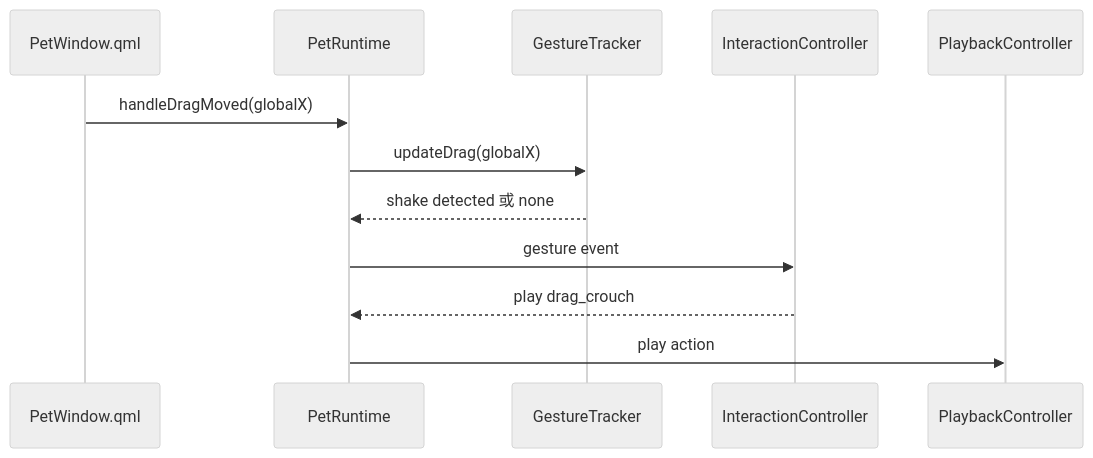
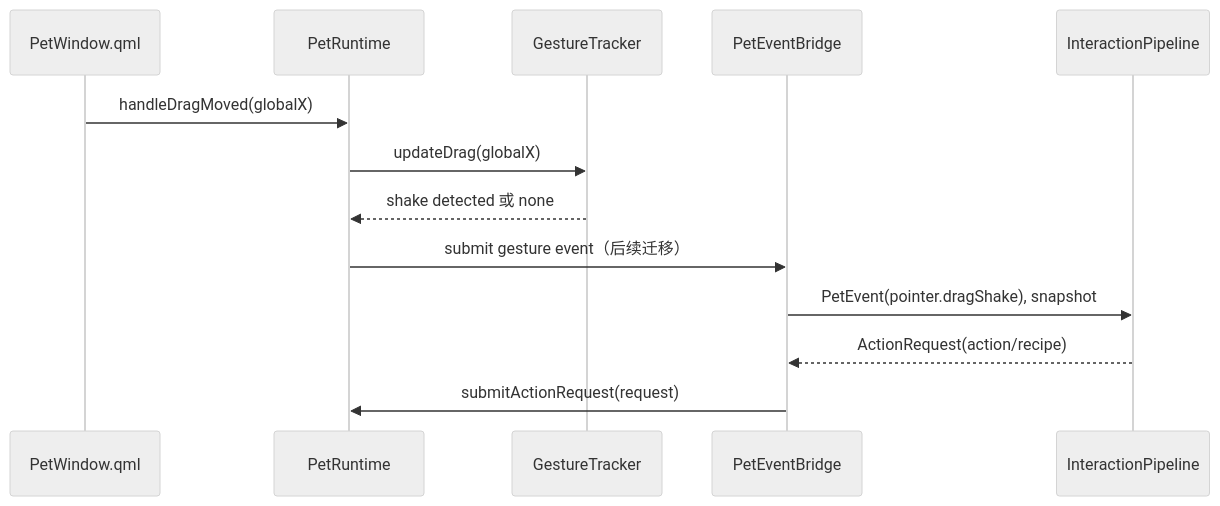
Before and after one commit to tiantian180/MilesEdgeworth: the fourth of 5 diagrams in docs/v2/设计方案/桌宠运行时职责拆分设计.md, drawn with Mermaid (neutral theme). The commit also changed other lines of this file and 47 other files, not shown here.

Commit message:
refactor: add event action request pipeline

````diff
--- a/docs/v2/设计方案/桌宠运行时职责拆分设计.md
+++ b/docs/v2/设计方案/桌宠运行时职责拆分设计.md
@@ -530,15 +630,16 @@
 ```mermaid
 sequenceDiagram
     participant QML as PetWindow.qml
     participant Runtime as PetRuntime
     participant Gesture as GestureTracker
-    participant Interaction as InteractionController
-    participant Playback as PlaybackController
+    participant Bridge as PetEventBridge
+    participant Pipeline as InteractionPipeline
 
     QML->>Runtime: handleDragMoved(globalX)
     Runtime->>Gesture: updateDrag(globalX)
     Gesture-->>Runtime: shake detected 或 none
-    Runtime->>Interaction: gesture event
-    Interaction-->>Runtime: play drag_crouch
-    Runtime->>Playback: play action
+    Runtime->>Bridge: submit gesture event（后续迁移）
+    Bridge->>Pipeline: PetEvent(pointer.dragShake), snapshot
+    Pipeline-->>Bridge: ActionRequest(action/recipe)
+    Bridge->>Runtime: submitActionRequest(request)
 ```
````
